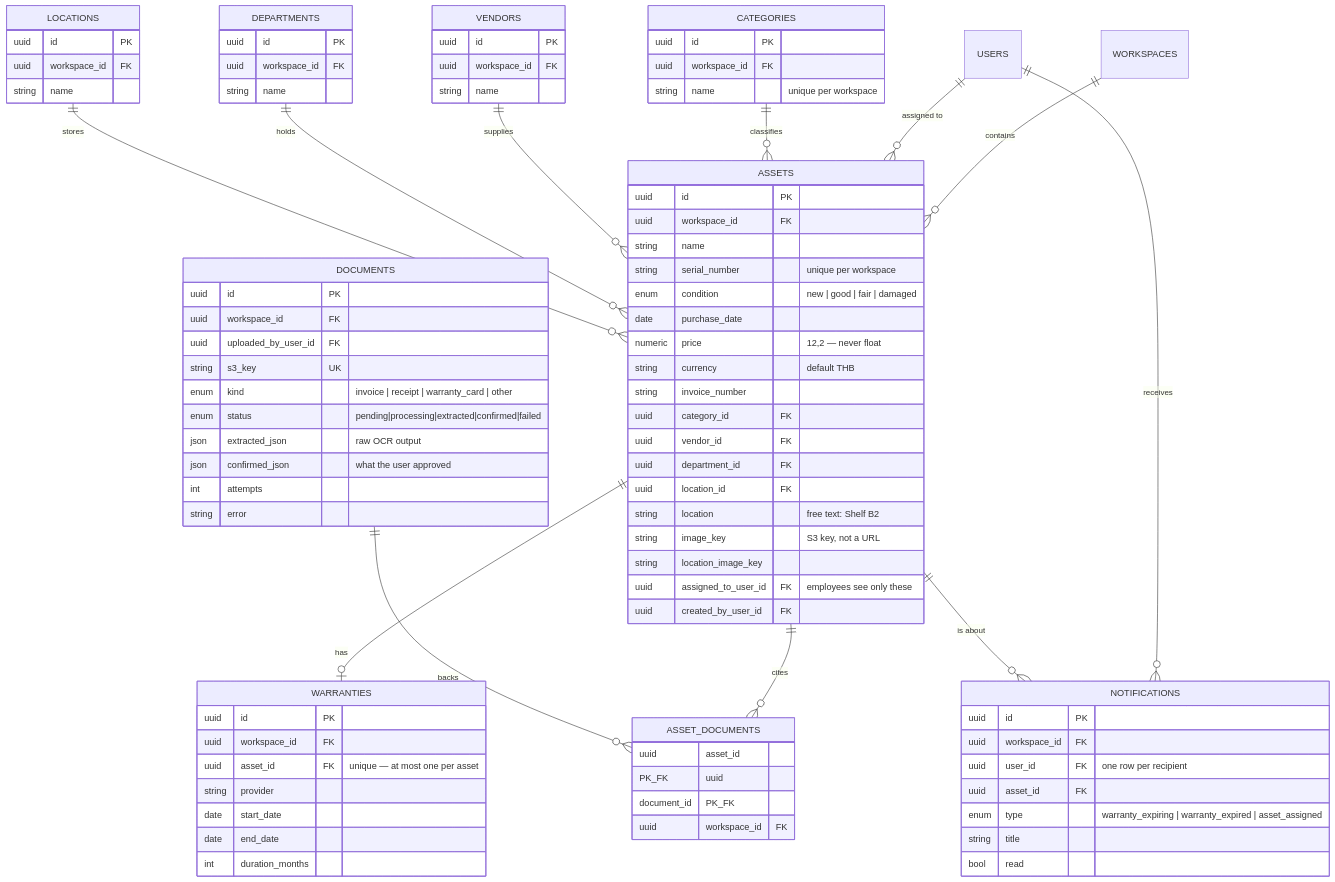
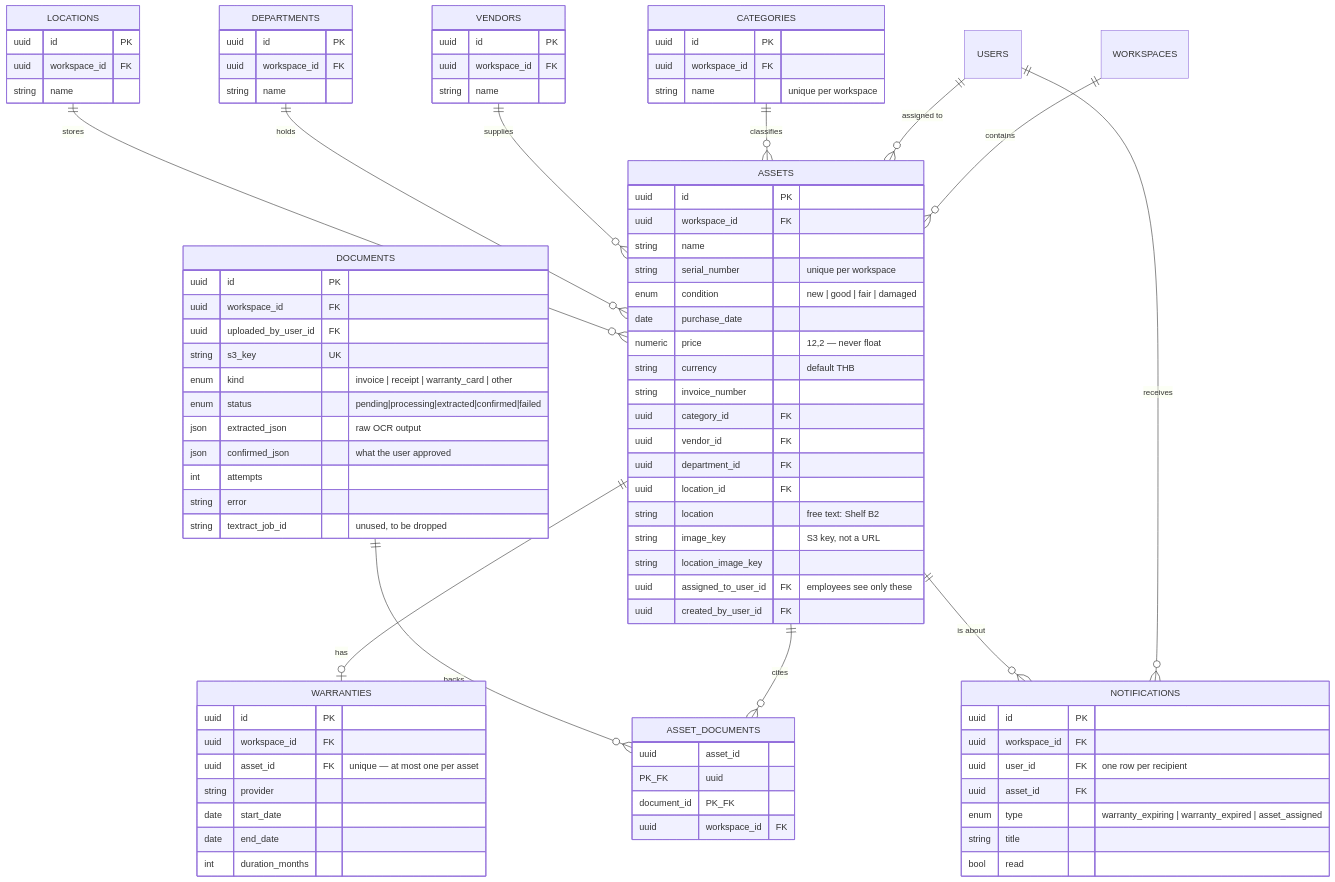
Before and after one commit to Bhuchi/warrantytrack: the second of 2 diagrams in docs/erd.md, drawn with Mermaid. The commit also changed 2 other files, not shown here.

Commit message:
fix: defer Textract column drop during rolling deploy

```diff
--- a/docs/erd.md
+++ b/docs/erd.md
@@ -97,6 +97,7 @@
         json   confirmed_json "what the user approved"
         int    attempts
         string error
+        string textract_job_id "unused, to be dropped"
     }
     ASSET_DOCUMENTS {
         uuid asset_id PK_FK
```
